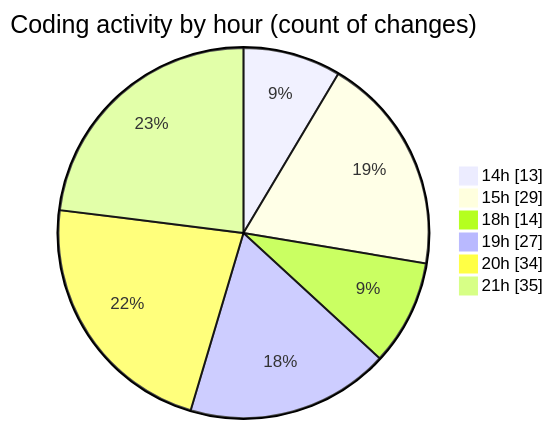
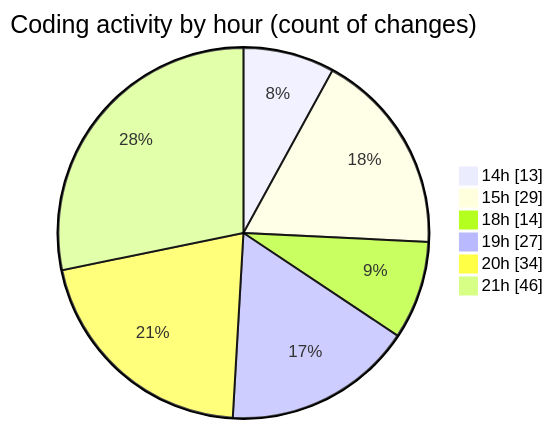
The second of 2 diagrams in 2025-06-23/scopecraft/README.md (Ritupan-Deka/code-tracking), drawn with Mermaid before and after one commit. The commit also changed other lines of this file and 1 other file, not shown here.

````diff
--- a/2025-06-23/scopecraft/README.md
+++ b/2025-06-23/scopecraft/README.md
@@ -55,10 +55,10 @@
 ```mermaid
 pie showData
 title Coding activity by hour (count of changes)
 "14h" : 13
 "15h" : 29
 "18h" : 14
 "19h" : 27
 "20h" : 34
-"21h" : 35
+"21h" : 46
 ```
````
